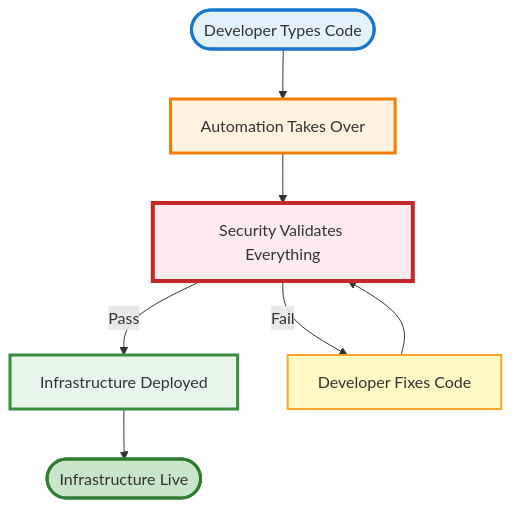
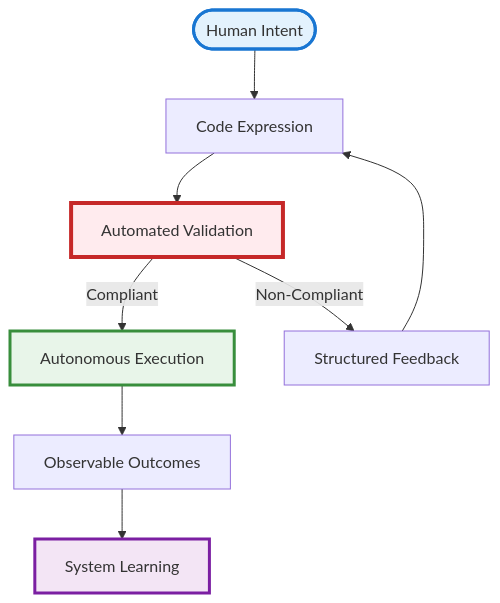
The first of 24 diagrams in EXECUTIVE-WORKFLOW-OVERVIEW.md (Terraform-centilazed-pipline/centerlized-pipline-), drawn with Mermaid before and after one commit. The commit also changed other lines of this file, not shown here.

````diff
--- a/EXECUTIVE-WORKFLOW-OVERVIEW.md
+++ b/EXECUTIVE-WORKFLOW-OVERVIEW.md
@@ -17,16 +17,15 @@
 ```mermaid
 graph TB
-    START([Developer Types Code]) --> AUTO[Automation Takes Over]
-    AUTO --> VAL[Security Validates Everything]
-    VAL -->|Pass| DEPLOY[Infrastructure Deployed]
-    VAL -->|Fail| FIX[Developer Fixes Code]
-    FIX --> VAL
-    DEPLOY --> DONE([Infrastructure Live])
+    START([Human Intent]) --> TRANSLATE[Code Expression]
+    TRANSLATE --> VALIDATE[Automated Validation]
+    VALIDATE -->|Compliant| EXECUTE[Autonomous Execution]
+    VALIDATE -->|Non-Compliant| FEEDBACK[Structured Feedback]
+    FEEDBACK --> TRANSLATE
+    EXECUTE --> OBSERVE[Observable Outcomes]
+    OBSERVE --> LEARN[System Learning]
     
     style START fill:#e3f2fd,stroke:#1976d2,stroke-width:3px
-    style AUTO fill:#fff3e0,stroke:#f57c00,stroke-width:3px
-    style VAL fill:#ffebee,stroke:#c62828,stroke-width:4px
-    style DEPLOY fill:#e8f5e9,stroke:#388e3c,stroke-width:3px
-    style FIX fill:#fff9c4,stroke:#f9a825,stroke-width:2px
-    style DONE fill:#c8e6c9,stroke:#2e7d32,stroke-width:3px
+    style VALIDATE fill:#ffebee,stroke:#c62828,stroke-width:4px
+    style EXECUTE fill:#e8f5e9,stroke:#388e3c,stroke-width:3px
+    style LEARN fill:#f3e5f5,stroke:#7b1fa2,stroke-width:3px
 ```
````
